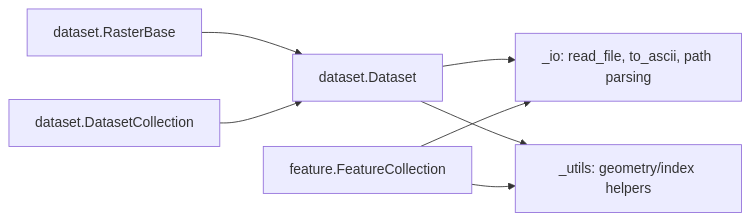
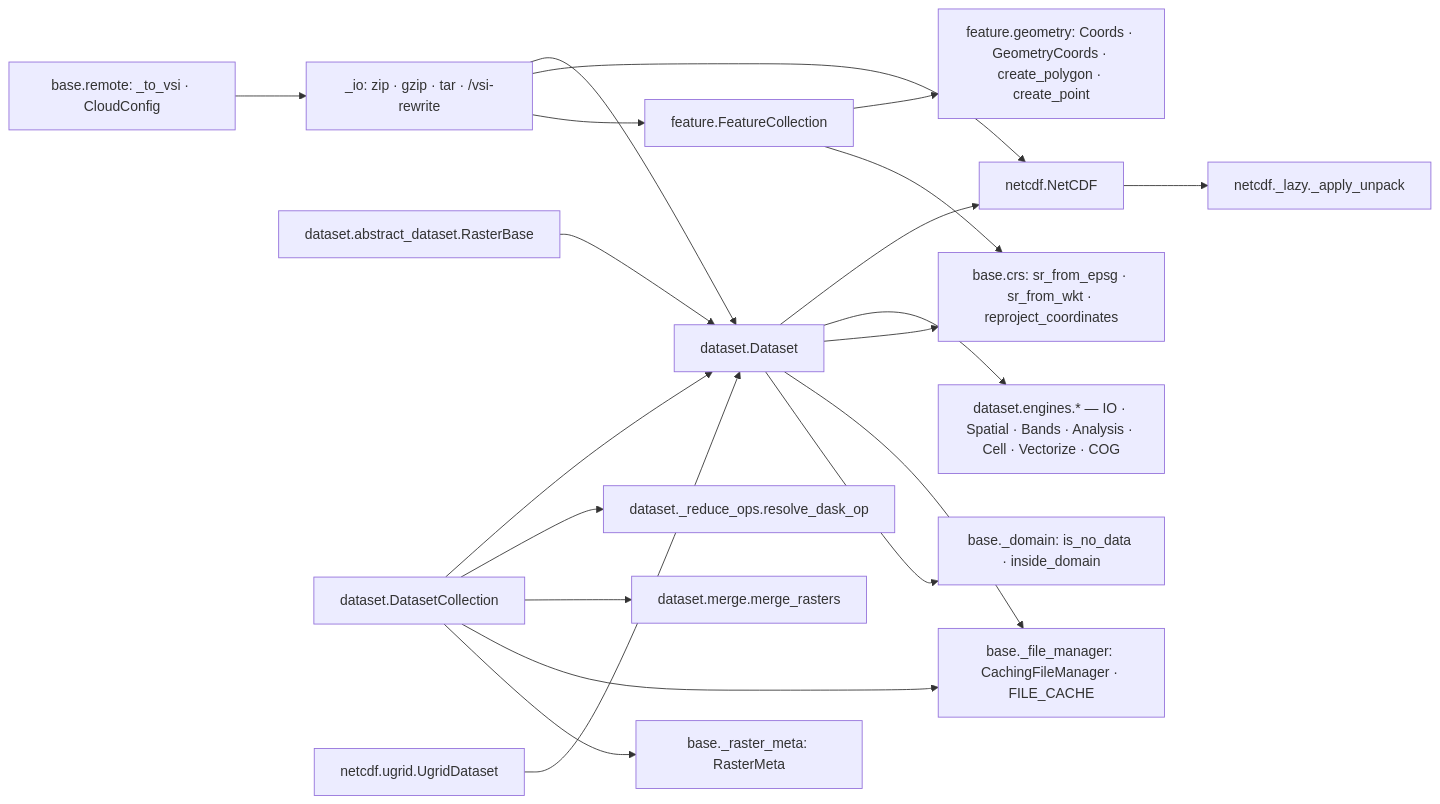
One commit to serapeum-org/pyramids changed the third of 13 diagrams in docs/architecture/diagrams.md. Above: the diagram before and after it, drawn with Mermaid. The commit also changed other lines of this file and 3 other files, not shown here.

````diff
--- a/docs/architecture/diagrams.md
+++ b/docs/architecture/diagrams.md
@@ -33,16 +62,43 @@
 ```mermaid
 flowchart LR
-  io[_io: read_file, to_ascii, path parsing]
-  utils[_utils: geometry/index helpers]
+  io[_io: zip · gzip · tar · /vsi-rewrite]
+  remote[base.remote: _to_vsi · CloudConfig]
+  crs[base.crs: sr_from_epsg · sr_from_wkt · reproject_coordinates]
+  dom[base._domain: is_no_data · inside_domain]
+  fm[base._file_manager: CachingFileManager · FILE_CACHE]
+  meta[base._raster_meta: RasterMeta]
+
+  abs[dataset.abstract_dataset.RasterBase]
   ds[dataset.Dataset]
-  abs[dataset.RasterBase]
   dc[dataset.DatasetCollection]
+  redop[dataset._reduce_ops.resolve_dask_op]
+  merge[dataset.merge.merge_rasters]
+  eng[dataset.engines.* — IO · Spatial · Bands · Analysis · Cell · Vectorize · COG]
+
+  nc[netcdf.NetCDF]
+  ugds[netcdf.ugrid.UgridDataset]
+  lazy[netcdf._lazy._apply_unpack]
+
   fc[feature.FeatureCollection]
+  geom[feature.geometry: Coords · GeometryCoords · create_polygon · create_point]
 
   abs --> ds
-  ds --> io
+  ds --> nc
+  ds --> eng
   dc --> ds
-  fc --> io
-  ds --> utils
-  fc --> utils
+  dc --> redop
+  dc --> merge
+  nc --> lazy
+  ugds --> ds
+  fc --> geom
+  io --> ds
+  io --> nc
+  io --> fc
+  remote --> io
+  ds --> crs
+  fc --> crs
+  ds --> fm
+  dc --> fm
+  ds --> dom
+  dc --> meta
 ```
````
